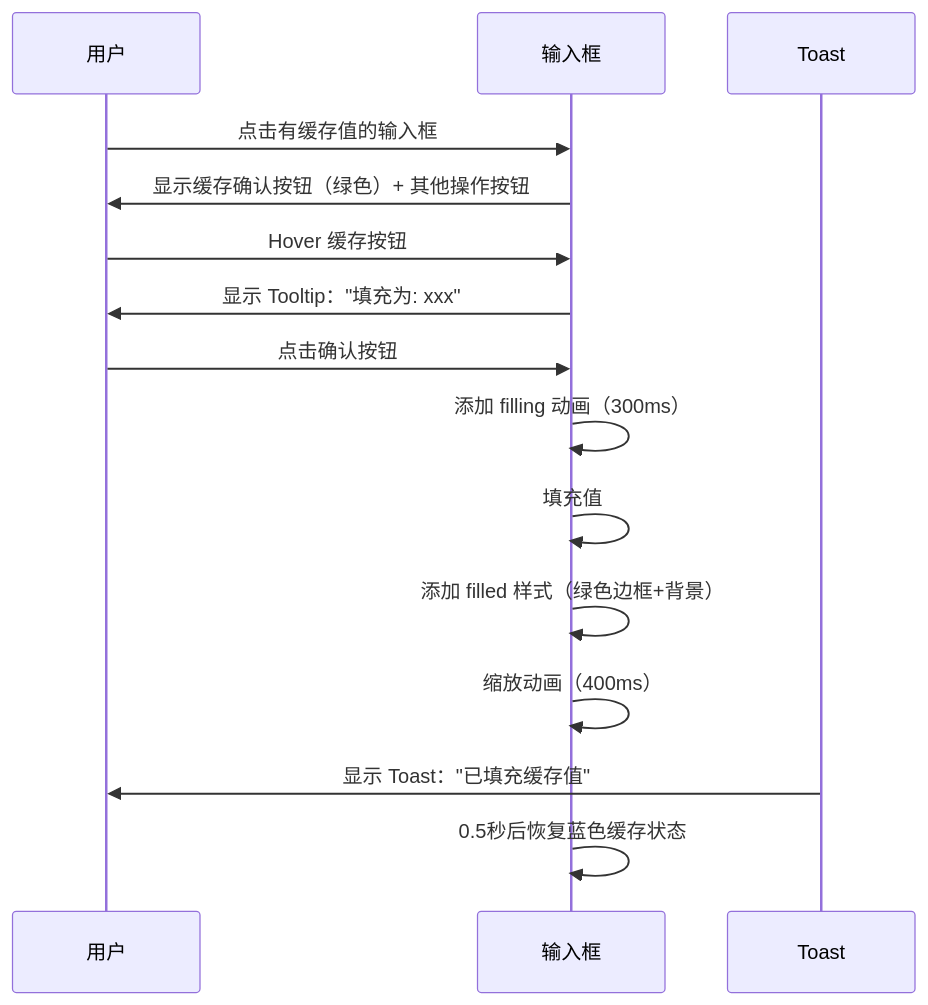
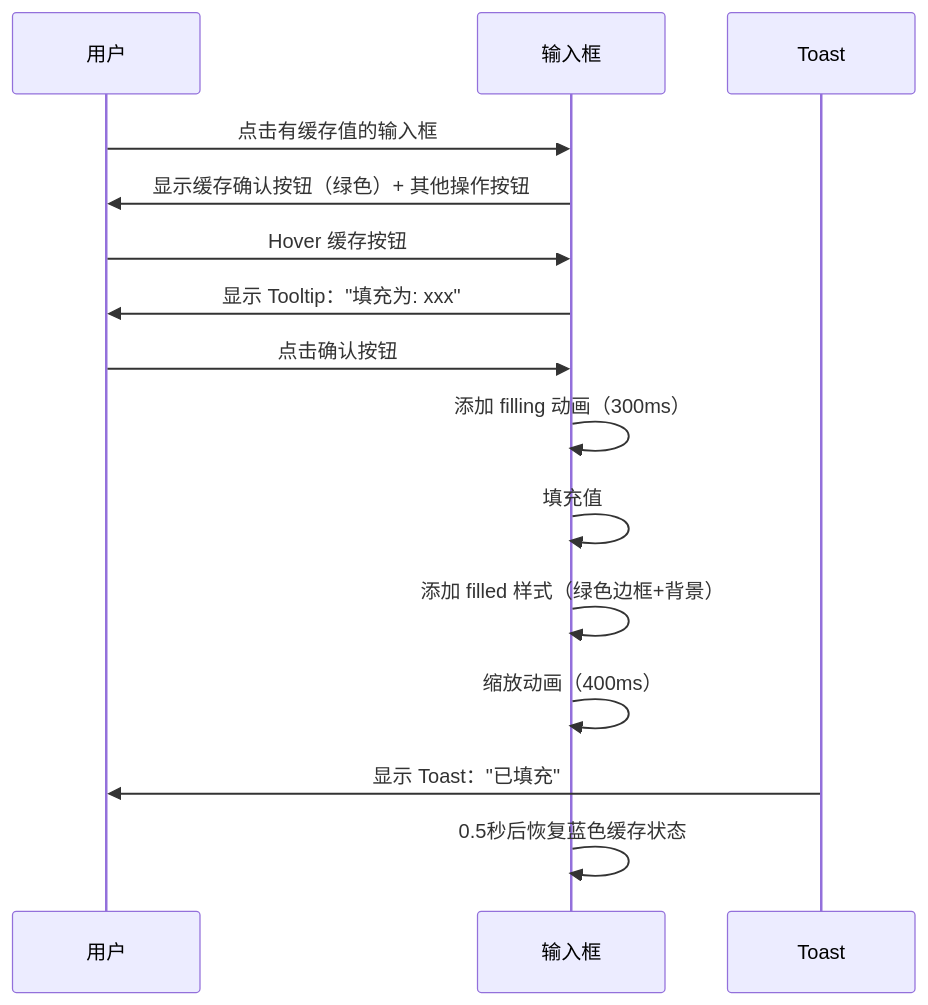
One commit to itshen/ai_former changed the fourth of 11 diagrams in playground/PRD.md. Above: the diagram before and after it, drawn with Mermaid. The commit also changed other lines of this file and 6 other files, not shown here.

````diff
--- a/playground/PRD.md
+++ b/playground/PRD.md
@@ -407,18 +910,18 @@
 ```mermaid
 sequenceDiagram
     participant U as 用户
     participant I as 输入框
     participant T as Toast
     
     U->>I: 点击有缓存值的输入框
     I->>U: 显示缓存确认按钮（绿色）+ 其他操作按钮
     U->>I: Hover 缓存按钮
     I->>U: 显示 Tooltip："填充为: xxx"
     U->>I: 点击确认按钮
     I->>I: 添加 filling 动画（300ms）
     I->>I: 填充值
     I->>I: 添加 filled 样式（绿色边框+背景）
     I->>I: 缩放动画（400ms）
-    T->>U: 显示 Toast："已填充缓存值"
+    T->>U: 显示 Toast："已填充"
     I->>I: 0.5秒后恢复蓝色缓存状态
 ```
````
